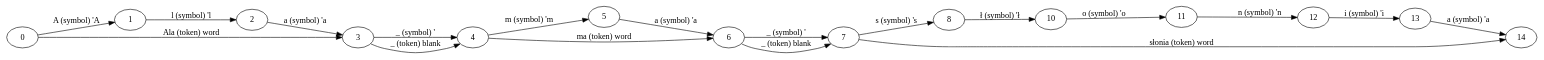
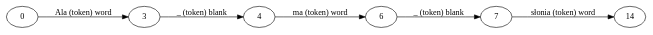
Before and after one commit to manicki/psi-toolkit: the diagram in formats/gv/m/filter/pl_sample_simple.out.dot, drawn with Graphviz. The commit also changed 17 other files, not shown here.

```diff
--- a/formats/gv/m/filter/pl_sample_simple.out.dot
+++ b/formats/gv/m/filter/pl_sample_simple.out.dot
@@ -1,22 +1,9 @@
 digraph g {
 	node [label="\N"];
 	graph [rankdir=LR];
-	0 -> 1 [label="A (symbol) 'A"];
-	1 -> 2 [label="l (symbol) 'l"];
-	2 -> 3 [label="a (symbol) 'a"];
 	0 -> 3 [label="Ala (token) word"];
-	3 -> 4 [label="_ (symbol) ' "];
 	3 -> 4 [label="_ (token) blank"];
-	4 -> 5 [label="m (symbol) 'm"];
-	5 -> 6 [label="a (symbol) 'a"];
 	4 -> 6 [label="ma (token) word"];
-	6 -> 7 [label="_ (symbol) ' "];
 	6 -> 7 [label="_ (token) blank"];
-	7 -> 8 [label="s (symbol) 's"];
-	8 -> 10 [label="ł (symbol) 'ł"];
-	10 -> 11 [label="o (symbol) 'o"];
-	11 -> 12 [label="n (symbol) 'n"];
-	12 -> 13 [label="i (symbol) 'i"];
-	13 -> 14 [label="a (symbol) 'a"];
 	7 -> 14 [label="słonia (token) word"];
 }
```
